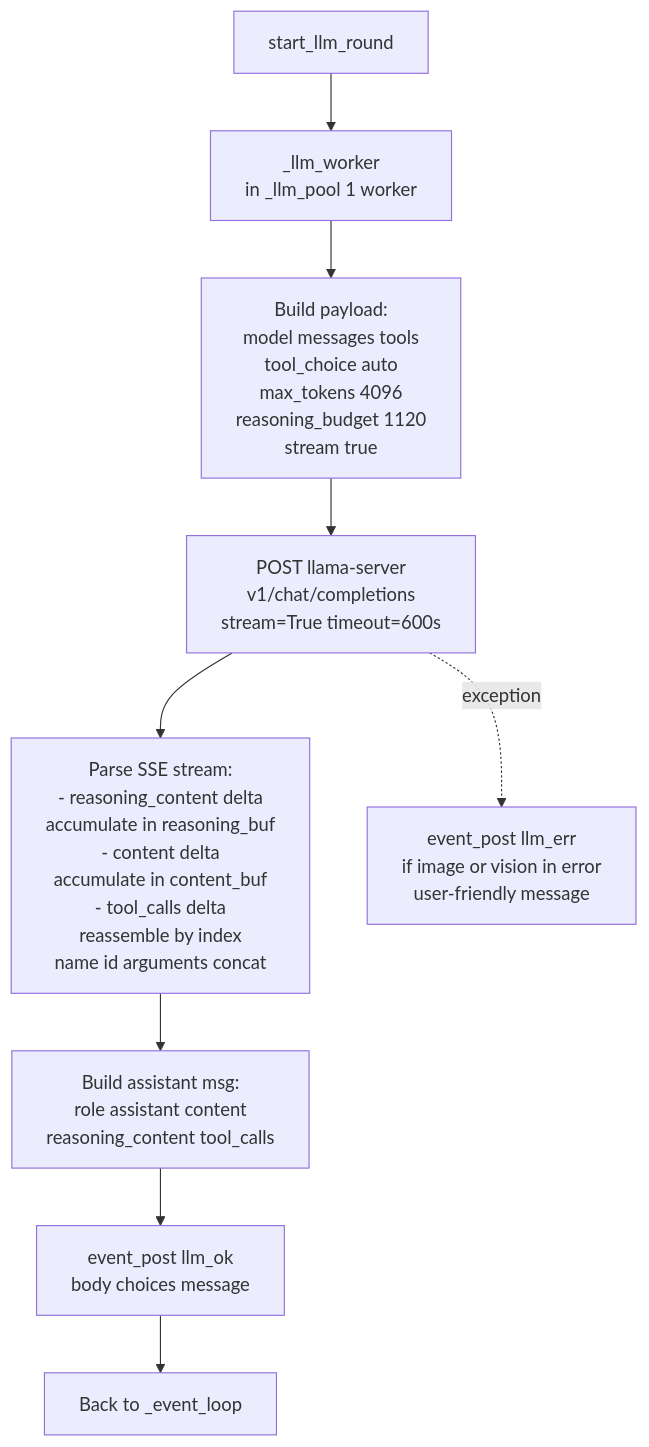
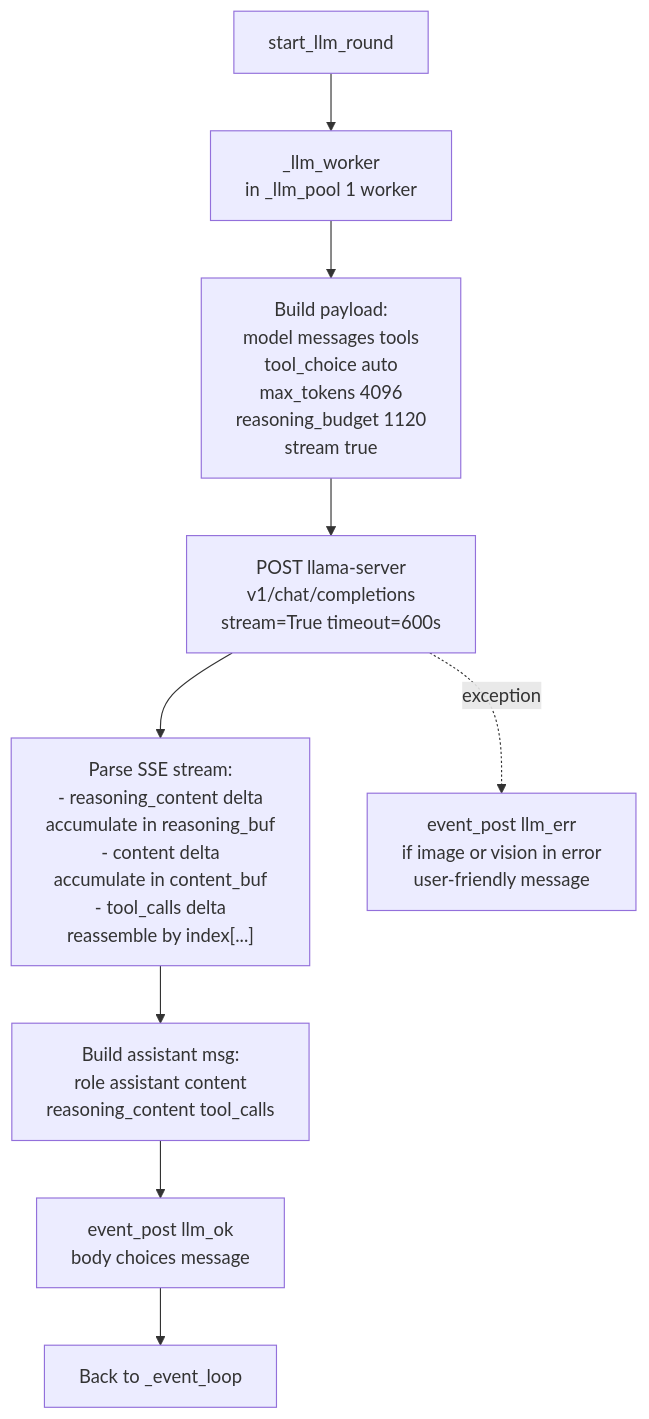
Before and after one commit to Palash90/local-ai: the tenth of 12 diagrams in README.md, drawn with Mermaid. The commit also changed other lines of this file, not shown here.

````diff
--- a/README.md
+++ b/README.md
@@ -268,12 +302,12 @@
 ```mermaid
 graph TD
     StartRound0["start_llm_round"] --> LLMWorker["_llm_worker\nin _llm_pool 1 worker"]
     LLMWorker --> PayloadBuild["Build payload:\nmodel messages tools\ntool_choice auto\nmax_tokens 4096\nreasoning_budget 1120\nstream true"]
     PayloadBuild --> StreamReq["POST llama-server\nv1/chat/completions\nstream=True timeout=600s"]
-    StreamReq --> StreamParse["Parse SSE stream:\n- reasoning_content delta\n  accumulate in reasoning_buf\n- content delta\n  accumulate in content_buf\n- tool_calls delta\n  reassemble by index\n  name id arguments concat"]
+    StreamReq --> StreamParse["Parse SSE stream:\n- reasoning_content delta\n  accumulate in reasoning_buf\n- content delta\n  accumulate in content_buf\n- tool_calls delta\n  reassemble by index[...]" ]
     StreamParse --> BuildAssistantMsg["Build assistant msg:\nrole assistant content\nreasoning_content tool_calls"]
     BuildAssistantMsg --> LLMOKPost["event_post llm_ok\nbody choices message"]
     LLMOKPost --> EvLoop["Back to _event_loop"]
 
     StreamReq -. "exception" .-> LLMException["event_post llm_err\nif image or vision in error\nuser-friendly message"]
 ```
````
